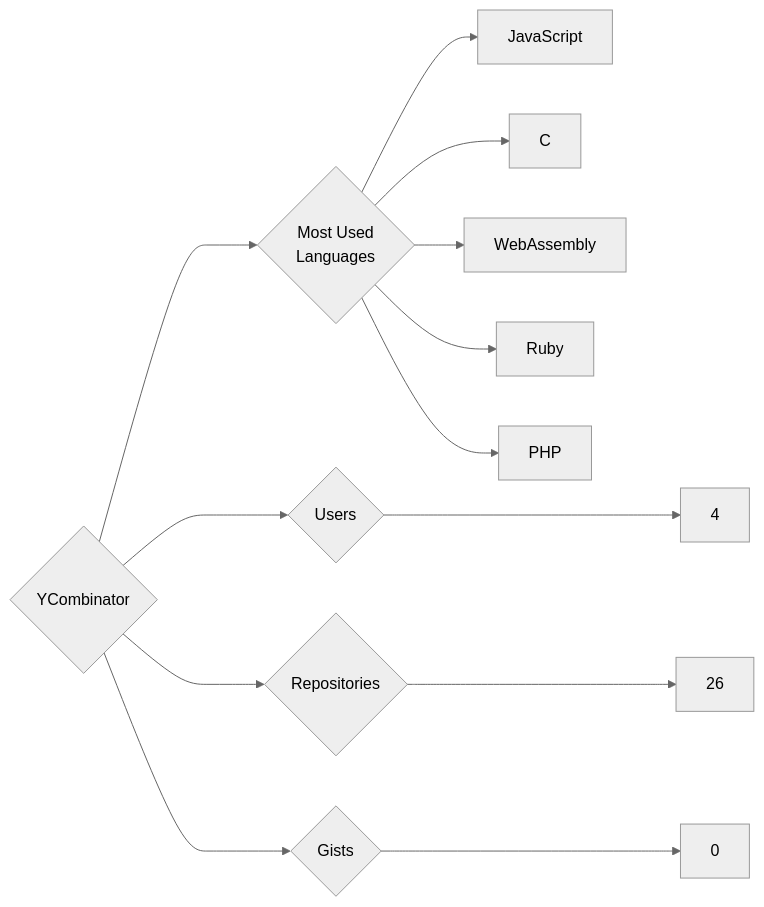
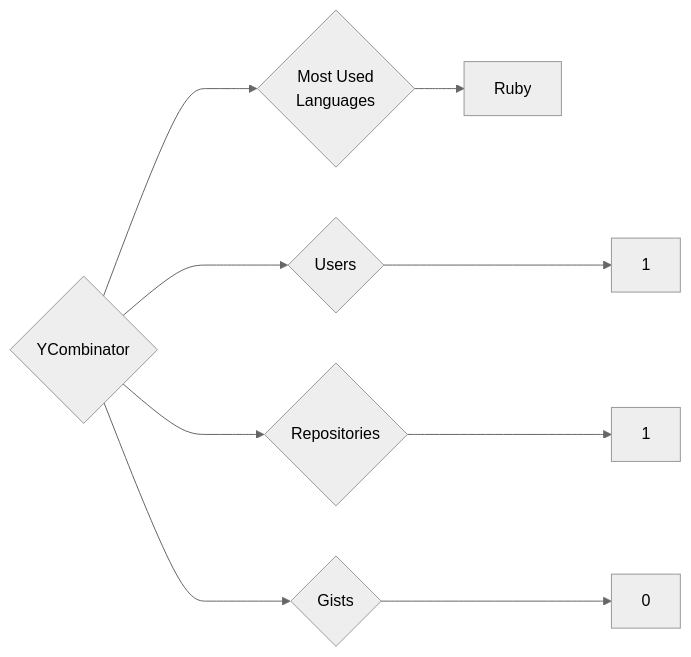
One commit to trickest/insiders changed the diagram in targets/YCombinator/README.md. Above: the diagram before and after it, drawn with Mermaid (neutral theme). The commit also changed 912 other files, not shown here.

````diff
--- a/targets/YCombinator/README.md
+++ b/targets/YCombinator/README.md
@@ -3,13 +3,9 @@
 ```mermaid
 graph LR
 COMPANY_NAME{YCombinator}
-COMPANY_NAME ---> U{Users} ---> UN[4]
-COMPANY_NAME ---> R{Repositories} ---> RN[26]
+COMPANY_NAME ---> U{Users} ---> UN[1]
+COMPANY_NAME ---> R{Repositories} ---> RN[1]
 COMPANY_NAME ---> G{Gists} ---> GN[0]
 COMPANY_NAME ---> ML{Most Used<br>Languages}
-ML --> JavaScript[JavaScript]
-ML --> C[C]
-ML --> WebAssembly[WebAssembly]
 ML --> Ruby[Ruby]
-ML --> PHP[PHP]
 ```
````
